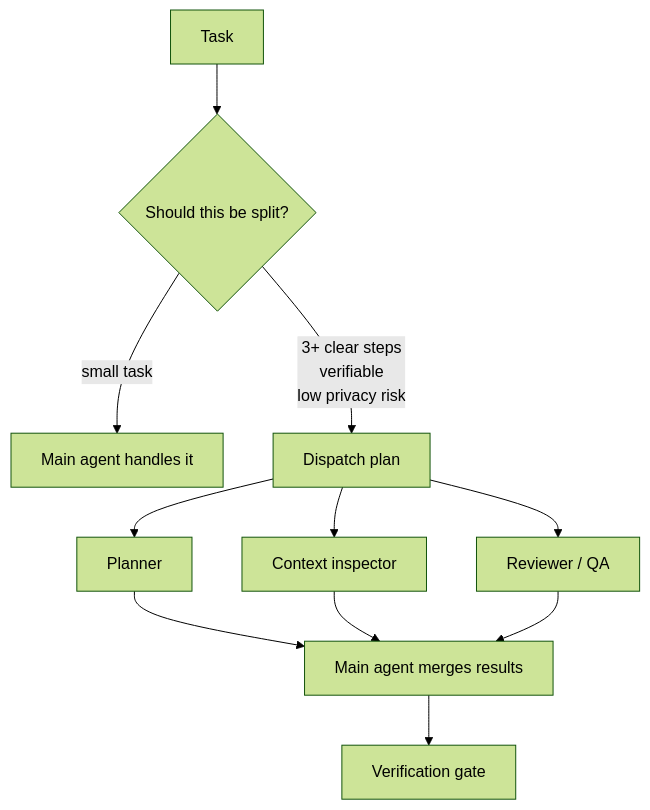
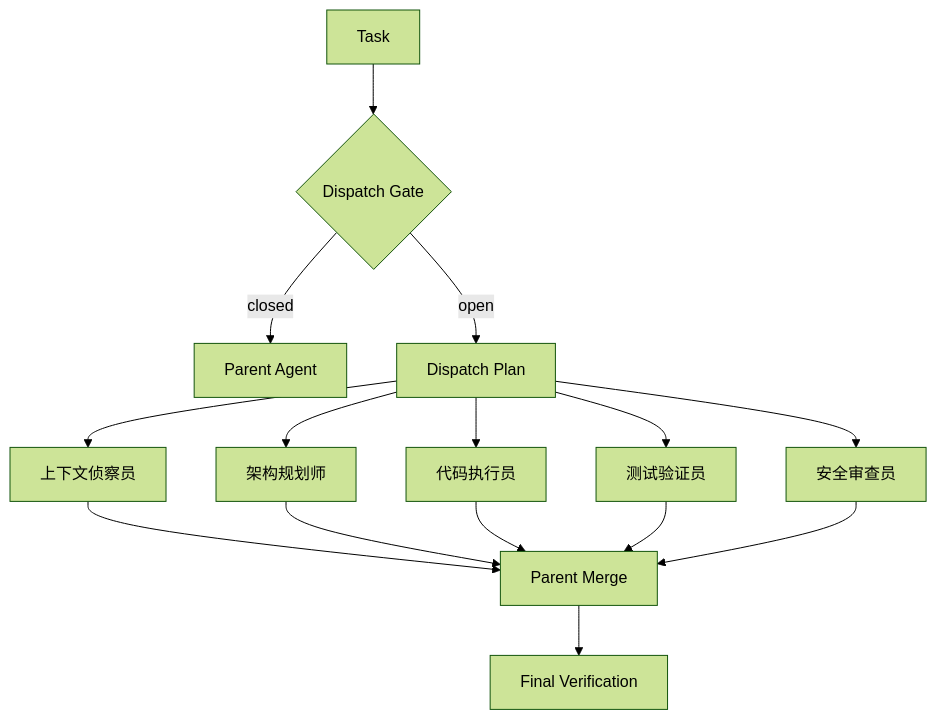
One commit to liuanye9-lab/codex-os-brain changed the fourth of 4 diagrams in README.md. Above: the diagram before and after it, drawn with Mermaid (forest theme). The commit also changed other lines of this file and 28 other files, not shown here.

````diff
--- a/README.md
+++ b/README.md
@@ -122,13 +165,17 @@
 ```mermaid
 flowchart TD
-  A["Task"] --> B{"Should this be split?"}
-  B -->|"small task"| C["Main agent handles it"]
-  B -->|"3+ clear steps\nverifiable\nlow privacy risk"| D["Dispatch plan"]
-  D --> E["Planner"]
-  D --> F["Context inspector"]
-  D --> G["Reviewer / QA"]
-  E --> H["Main agent merges results"]
-  F --> H
-  G --> H
-  H --> I["Verification gate"]
+  Task["Task"] --> Gate{"Dispatch Gate"}
+  Gate -->|"closed"| Parent["Parent Agent"]
+  Gate -->|"open"| Plan["Dispatch Plan"]
+  Plan --> Scout["上下文侦察员"]
+  Plan --> Architect["架构规划师"]
+  Plan --> Builder["代码执行员"]
+  Plan --> Verifier["测试验证员"]
+  Plan --> Security["安全审查员"]
+  Scout --> Merge["Parent Merge"]
+  Architect --> Merge
+  Builder --> Merge
+  Verifier --> Merge
+  Security --> Merge
+  Merge --> Final["Final Verification"]
 ```
````
